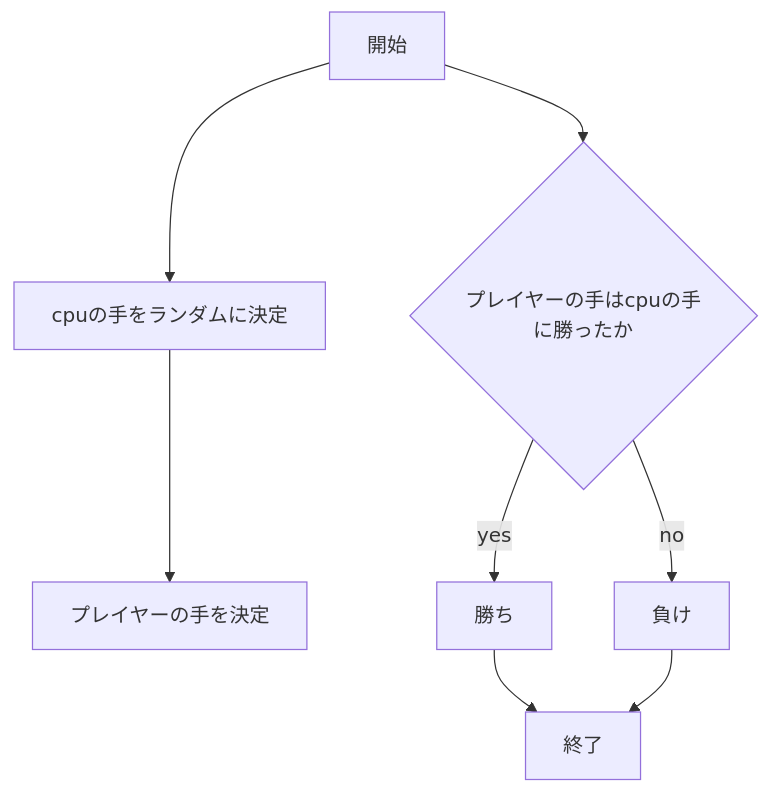
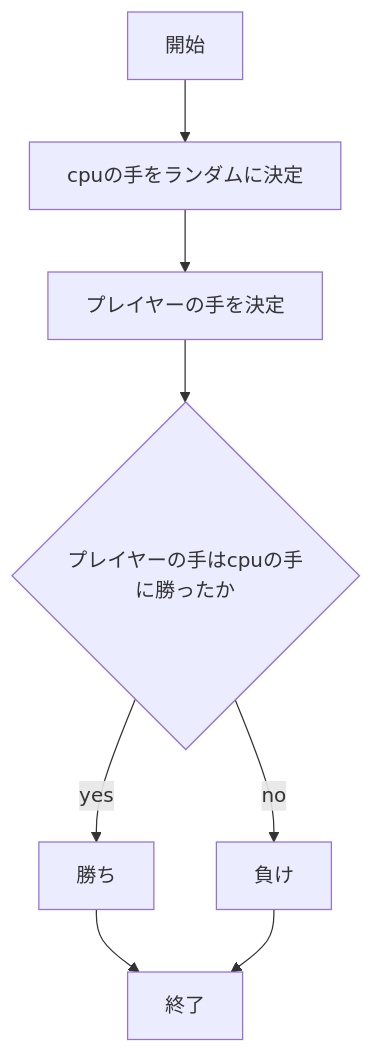
One commit to kanayuu0404/webpro_06 changed the diagram in README.md. Above: the diagram before and after it, drawn with Mermaid.

Commit message:
readmeのjankenの機能説明を再修正

````diff
--- a/README.md
+++ b/README.md
@@ -27,19 +27,19 @@
 ```mermaid
 flowchart TD;
 
 start["開始"];
 end1["終了"]
 cpu["cpuの手をランダムに決定"]
 hito["プレイヤーの手を決定"]
 if{"プレイヤーの手はcpuの手に勝ったか"}
 win["勝ち"]
 loose["負け"]
 
 start --> cpu
 cpu --> hito
-start --> if
+hito --> if
 if -->|yes| win
 win --> end1
 if -->|no| loose
 loose --> end1
 ```
````
